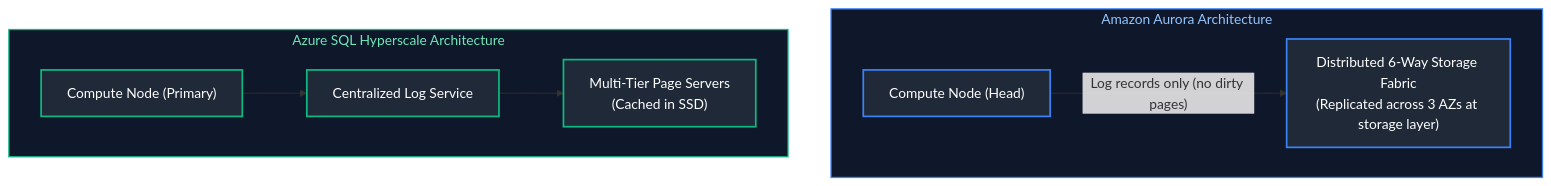
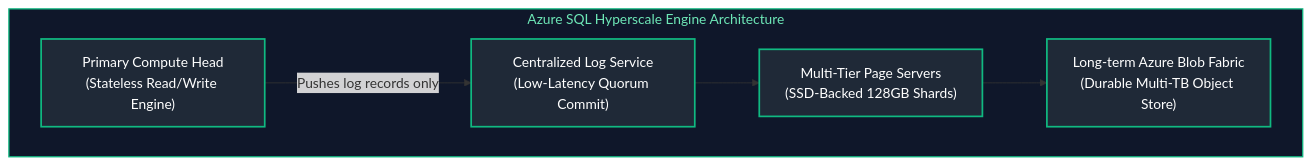
The ninth of 11 diagrams in Cloud Engineering/04_azure_core_services_and_aws_equivalents.md (joydeep-biswas/Interview-Preparation), drawn with Mermaid before and after one commit. The commit also changed other lines of this file and 76 other files, not shown here.

Commit message:
Updated Charts

````diff
--- a/Cloud Engineering/04_azure_core_services_and_aws_equivalents.md
+++ b/Cloud Engineering/04_azure_core_services_and_aws_equivalents.md
@@ -226,24 +824,19 @@
 ```mermaid
 flowchart TD
-    subgraph AWS_Aurora ["Amazon Aurora Architecture"]
-        AuroraCompute["Compute Node (Head)"]
-        AuroraStorage["Distributed 6-Way Storage Fabric<br/>(Replicated across 3 AZs at storage layer)"]
-        AuroraCompute -->|"Log records only (no dirty pages)"| AuroraStorage
+    subgraph AzureHyperscale ["Azure SQL Hyperscale Engine Architecture"]
+        PrimaryCompute["Primary Compute Head<br/>(Stateless Read/Write Engine)"]
+        LogService["Centralized Log Service<br/>(Low-Latency Quorum Commit)"]
+        PageServers["Multi-Tier Page Servers<br/>(SSD-Backed 128GB Shards)"]
+        ColdStorage["Long-term Azure Blob Fabric<br/>(Durable Multi-TB Object Store)"]
+
+        PrimaryCompute -->|"Pushes log records only"| LogService
+        LogService --> PageServers
+        PageServers --> ColdStorage
     end
 
-    subgraph Azure_SQL_Hyperscale ["Azure SQL Hyperscale Architecture"]
-        AzureComputeNode["Compute Node (Primary)"]
-        PageServers["Multi-Tier Page Servers<br/>(Cached in SSD)"]
-        LogService["Centralized Log Service"]
-        AzureComputeNode --> LogService
-        LogService --> PageServers
-    end
-
-    style AWS_Aurora fill:#0f172a,stroke:#3b82f6,stroke-width:1.5px,color:#93c5fd
-    style Azure_SQL_Hyperscale fill:#0f172a,stroke:#10b981,stroke-width:1.5px,color:#6ee7b7
-    style AuroraCompute fill:#1f2937,stroke:#3b82f6,stroke-width:2px,color:#fff
-    style AuroraStorage fill:#1f2937,stroke:#3b82f6,stroke-width:2px,color:#fff
-    style AzureComputeNode fill:#1f2937,stroke:#10b981,stroke-width:2px,color:#fff
+    style AzureHyperscale fill:#0f172a,stroke:#10b981,stroke-width:1.5px,color:#6ee7b7
+    style PrimaryCompute fill:#1f2937,stroke:#10b981,stroke-width:2px,color:#fff
+    style LogService fill:#1f2937,stroke:#10b981,stroke-width:2px,color:#fff
     style PageServers fill:#1f2937,stroke:#10b981,stroke-width:2px,color:#fff
-    style LogService fill:#1f2937,stroke:#10b981,stroke-width:2px,color:#fff
+    style ColdStorage fill:#1f2937,stroke:#10b981,stroke-width:2px,color:#fff
 ```
````
